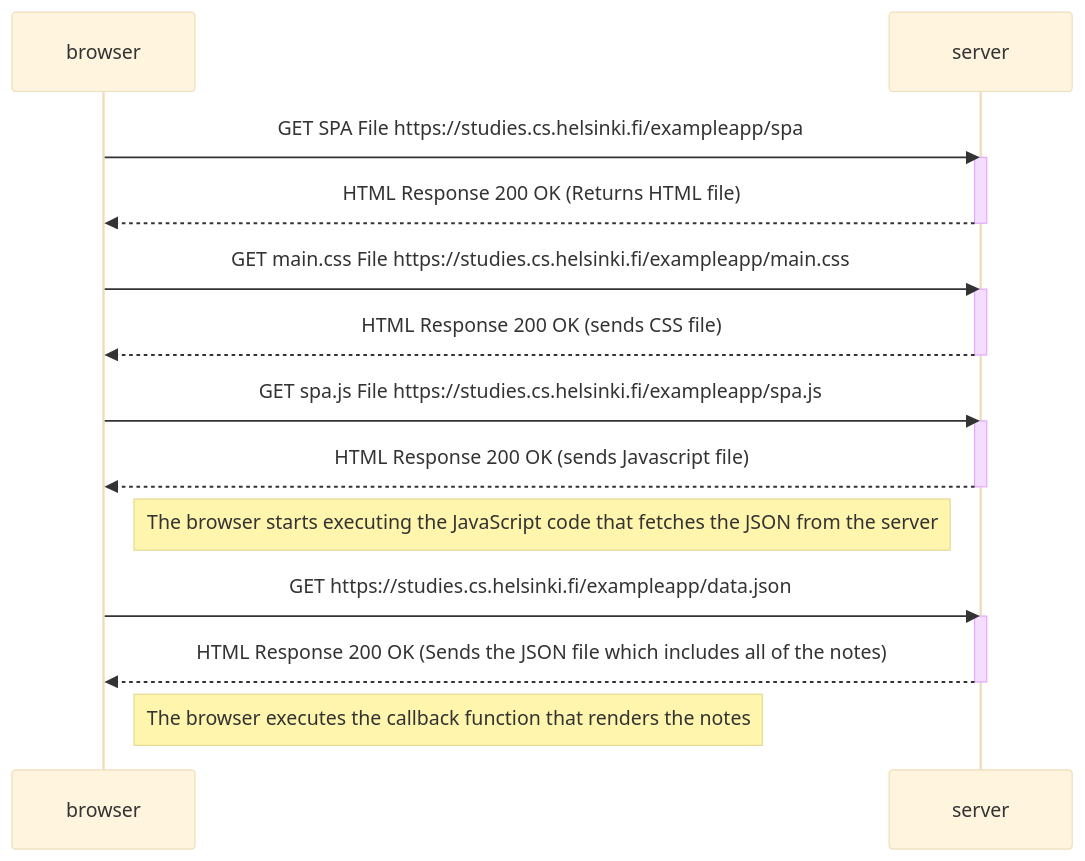
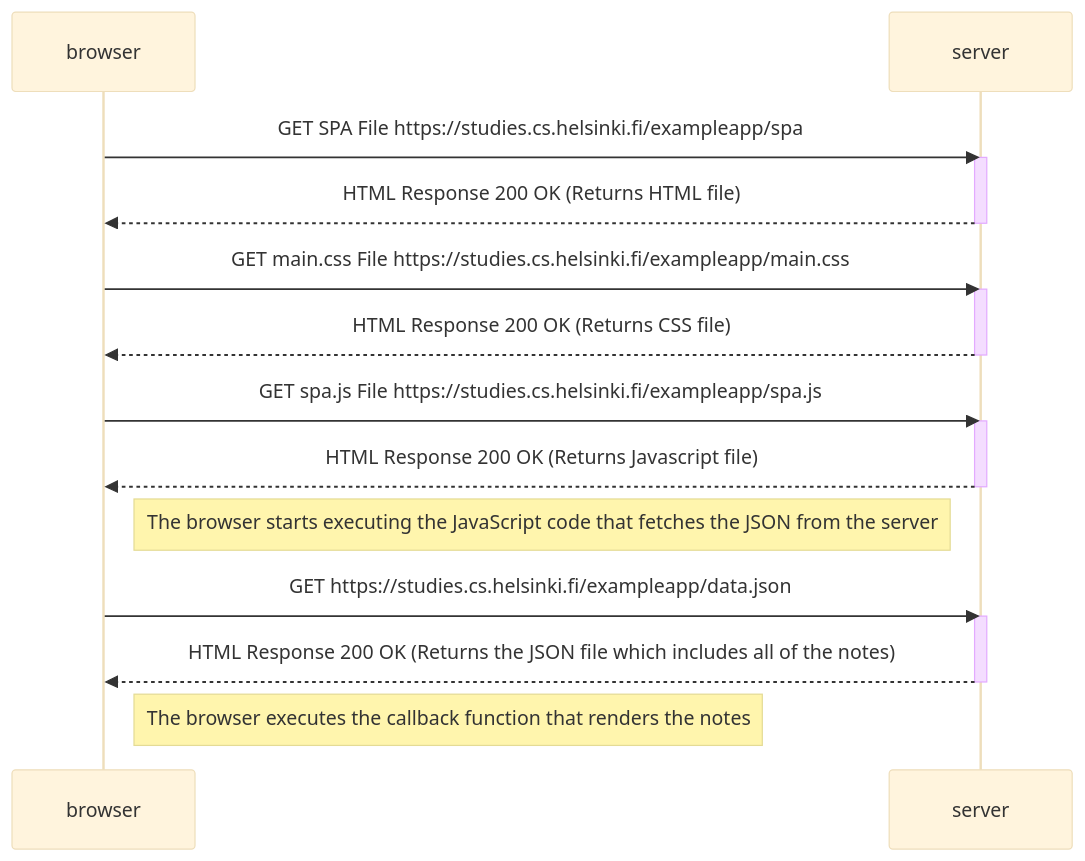
Before and after one commit to cvalt-code/FSO-Exercises: the diagram in part0/0.5.md, drawn with Mermaid (base theme). The commit also changed 1 other file, not shown here.

````diff
--- a/part0/0.5.md
+++ b/part0/0.5.md
@@ -1,30 +1,30 @@
 ```mermaid
 sequenceDiagram
     participant browser
     participant server
 
 
     browser->>server: GET SPA File https://studies.cs.helsinki.fi/exampleapp/spa
     activate server
     server-->>browser:  HTML Response 200 OK (Returns HTML file) 
     deactivate server
 
     browser->>server: GET main.css File https://studies.cs.helsinki.fi/exampleapp/main.css
     activate server
-    server-->>browser: HTML Response 200 OK (sends CSS file)
+    server-->>browser: HTML Response 200 OK (Returns CSS file)
     deactivate server
 
     browser->>server: GET spa.js File https://studies.cs.helsinki.fi/exampleapp/spa.js
     activate server
-    server-->>browser: HTML Response 200 OK (sends Javascript file)
+    server-->>browser: HTML Response 200 OK (Returns Javascript file)
     deactivate server
 
     Note right of browser: The browser starts executing the JavaScript code that fetches the JSON from the server
 
     browser->>server: GET https://studies.cs.helsinki.fi/exampleapp/data.json
     activate server
-    server-->>browser: HTML Response 200 OK (Sends the JSON file which includes all of the notes)
+    server-->>browser: HTML Response 200 OK (Returns the JSON file which includes all of the notes)
     deactivate server
 
     Note right of browser: The browser executes the callback function that renders the notes
 ```
````
